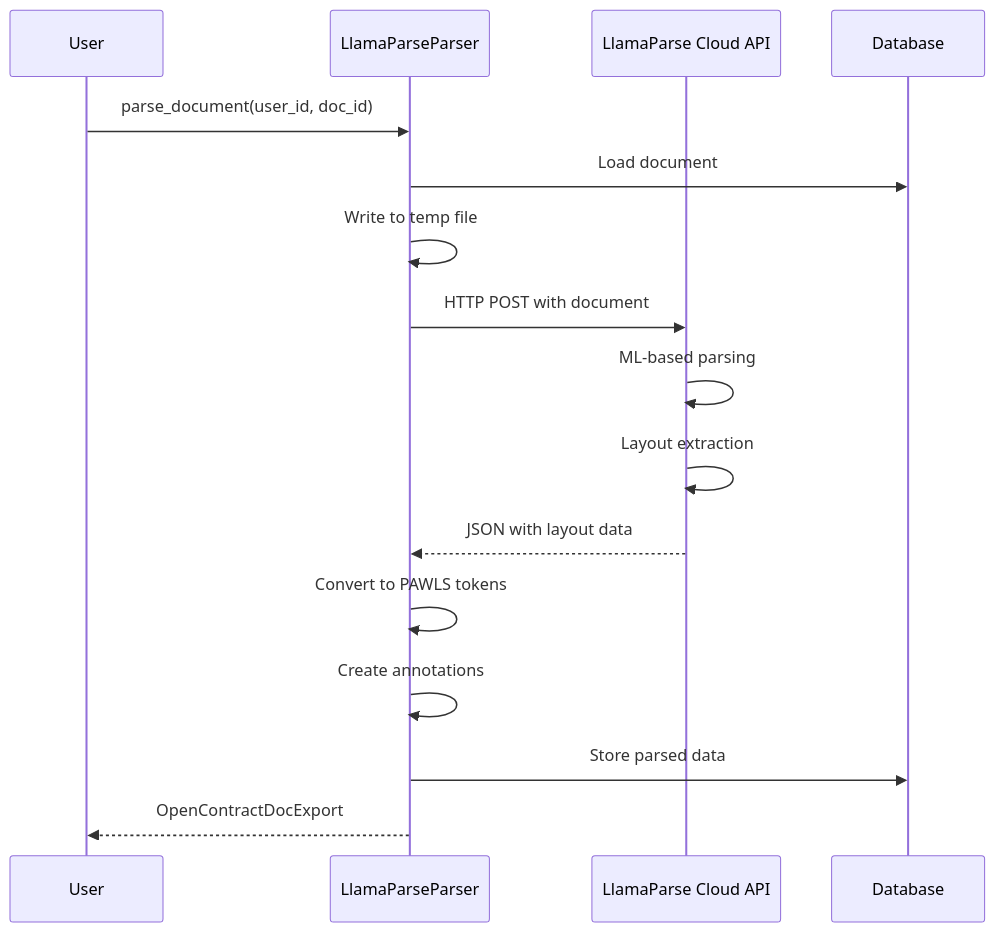
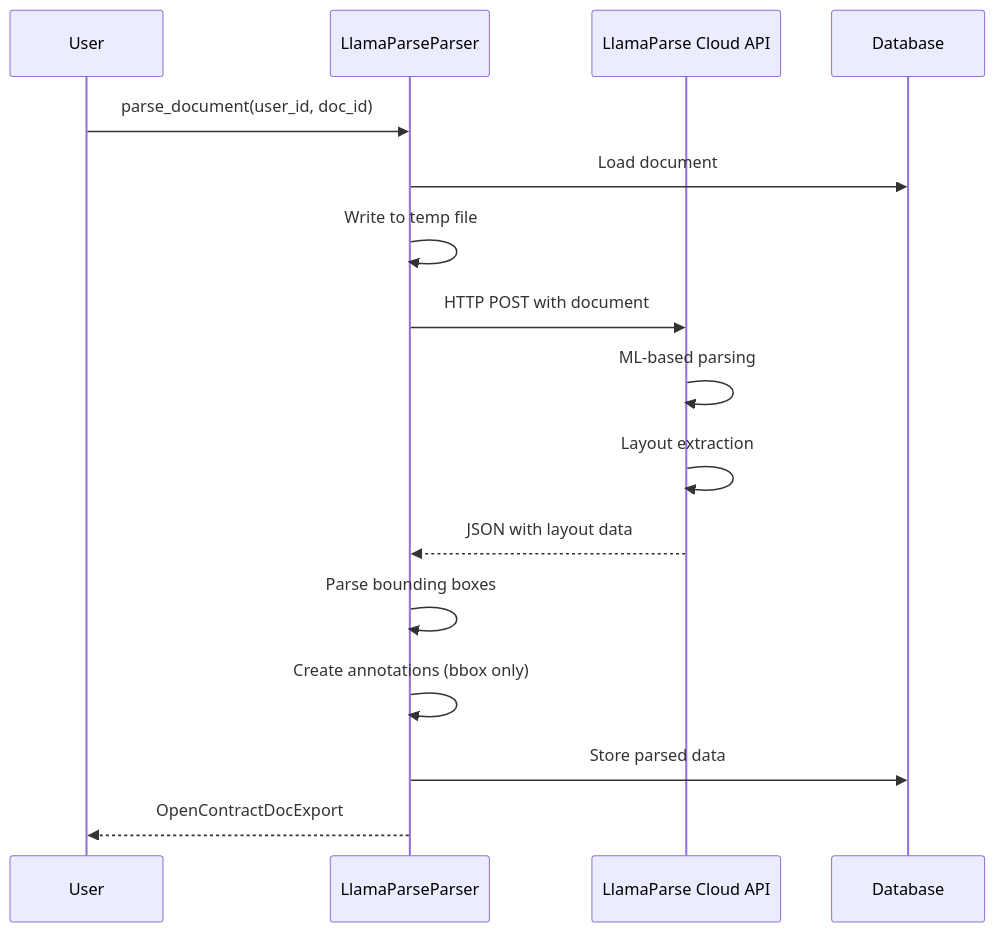
The diagram in docs/pipelines/llamaparse_parser.md (baichuanping/OpenContracts), drawn with Mermaid before and after one commit. The commit also changed other lines of this file and 2 other files, not shown here.

First line of the commit message:
fix: LlamaParse parser bbox handling and remove fake tokens

````diff
--- a/docs/pipelines/llamaparse_parser.md
+++ b/docs/pipelines/llamaparse_parser.md
@@ -11,19 +11,19 @@
 ```mermaid
 sequenceDiagram
     participant U as User
     participant LP as LlamaParseParser
     participant API as LlamaParse Cloud API
     participant DB as Database
 
     U->>LP: parse_document(user_id, doc_id)
     LP->>DB: Load document
     LP->>LP: Write to temp file
     LP->>API: HTTP POST with document
     API->>API: ML-based parsing
     API->>API: Layout extraction
     API-->>LP: JSON with layout data
-    LP->>LP: Convert to PAWLS tokens
-    LP->>LP: Create annotations
+    LP->>LP: Parse bounding boxes
+    LP->>LP: Create annotations (bbox only)
     LP->>DB: Store parsed data
     LP-->>U: OpenContractDocExport
 ```
````
